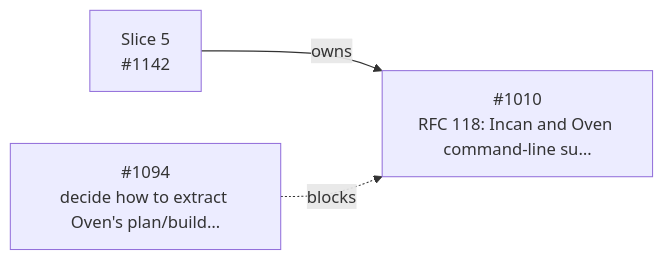
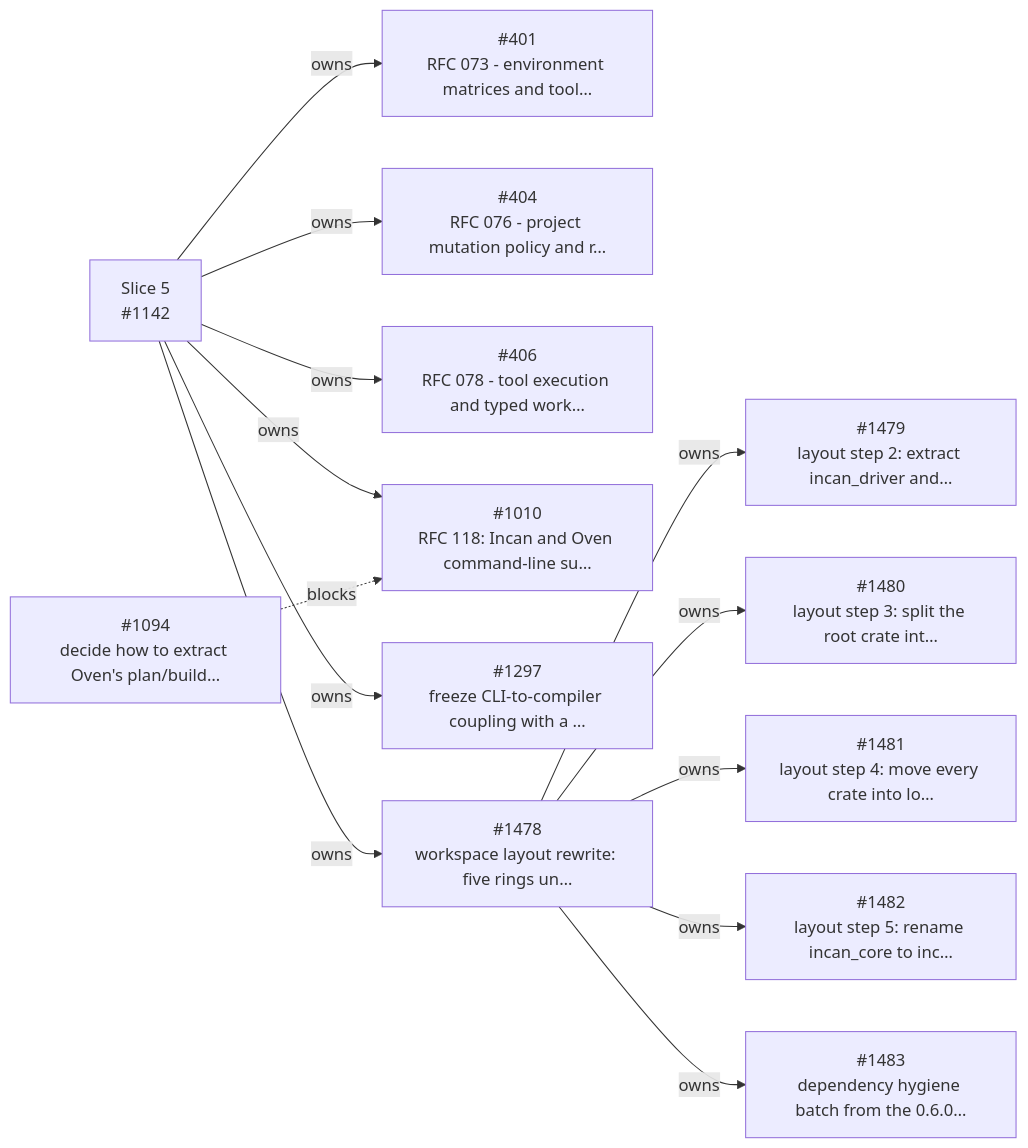
Before and after one commit to encero-systems/incan: the fifth of 10 diagrams in workspaces/docs-site/docs/_snippets/project/v0_6_roadmap.md, drawn with Mermaid. The commit also changed other lines of this file and 2 other files, not shown here.

First line of the commit message:
chore - render v0.6 Slice 10 on the roadmap and refresh the snapshot

````diff
--- a/workspaces/docs-site/docs/_snippets/project/v0_6_roadmap.md
+++ b/workspaces/docs-site/docs/_snippets/project/v0_6_roadmap.md
@@ -427,11 +411,41 @@
 ```mermaid
 flowchart LR
+  i401["#401<br/>RFC 073 - environment matrices and tool…"]
+  i404["#404<br/>RFC 076 - project mutation policy and r…"]
+  i406["#406<br/>RFC 078 - tool execution and typed work…"]
   i1010["#1010<br/>RFC 118: Incan and Oven command-line su…"]
   i1094["#1094<br/>decide how to extract Oven's plan/build…"]
   s1142["Slice 5<br/>#1142"]
+  i1297["#1297<br/>freeze CLI-to-compiler coupling with a …"]
+  i1478["#1478<br/>workspace layout rewrite: five rings un…"]
+  i1479["#1479<br/>layout step 2: extract incan_driver and…"]
+  i1480["#1480<br/>layout step 3: split the root crate int…"]
+  i1481["#1481<br/>layout step 4: move every crate into lo…"]
+  i1482["#1482<br/>layout step 5: rename incan_core to inc…"]
+  i1483["#1483<br/>dependency hygiene batch from the 0.6.0…"]
+  s1142 -- owns --> i401
+  s1142 -- owns --> i404
+  s1142 -- owns --> i406
   s1142 -- owns --> i1010
+  s1142 -- owns --> i1297
+  s1142 -- owns --> i1478
+  i1478 -- owns --> i1479
+  i1478 -- owns --> i1480
+  i1478 -- owns --> i1481
+  i1478 -- owns --> i1482
+  i1478 -- owns --> i1483
   i1094 -. blocks .-> i1010
+  click i401 href "https://github.com/encero-systems/incan/issues/401" "Open #401 on GitHub"
+  click i404 href "https://github.com/encero-systems/incan/issues/404" "Open #404 on GitHub"
+  click i406 href "https://github.com/encero-systems/incan/issues/406" "Open #406 on GitHub"
   click i1010 href "https://github.com/encero-systems/incan/issues/1010" "Open #1010 on GitHub"
   click i1094 href "https://github.com/encero-systems/incan/issues/1094" "Open #1094 on GitHub"
   click s1142 href "https://github.com/encero-systems/incan/issues/1142" "Open #1142 on GitHub"
+  click i1297 href "https://github.com/encero-systems/incan/issues/1297" "Open #1297 on GitHub"
+  click i1478 href "https://github.com/encero-systems/incan/issues/1478" "Open #1478 on GitHub"
+  click i1479 href "https://github.com/encero-systems/incan/issues/1479" "Open #1479 on GitHub"
+  click i1480 href "https://github.com/encero-systems/incan/issues/1480" "Open #1480 on GitHub"
+  click i1481 href "https://github.com/encero-systems/incan/issues/1481" "Open #1481 on GitHub"
+  click i1482 href "https://github.com/encero-systems/incan/issues/1482" "Open #1482 on GitHub"
+  click i1483 href "https://github.com/encero-systems/incan/issues/1483" "Open #1483 on GitHub"
 ```
````
